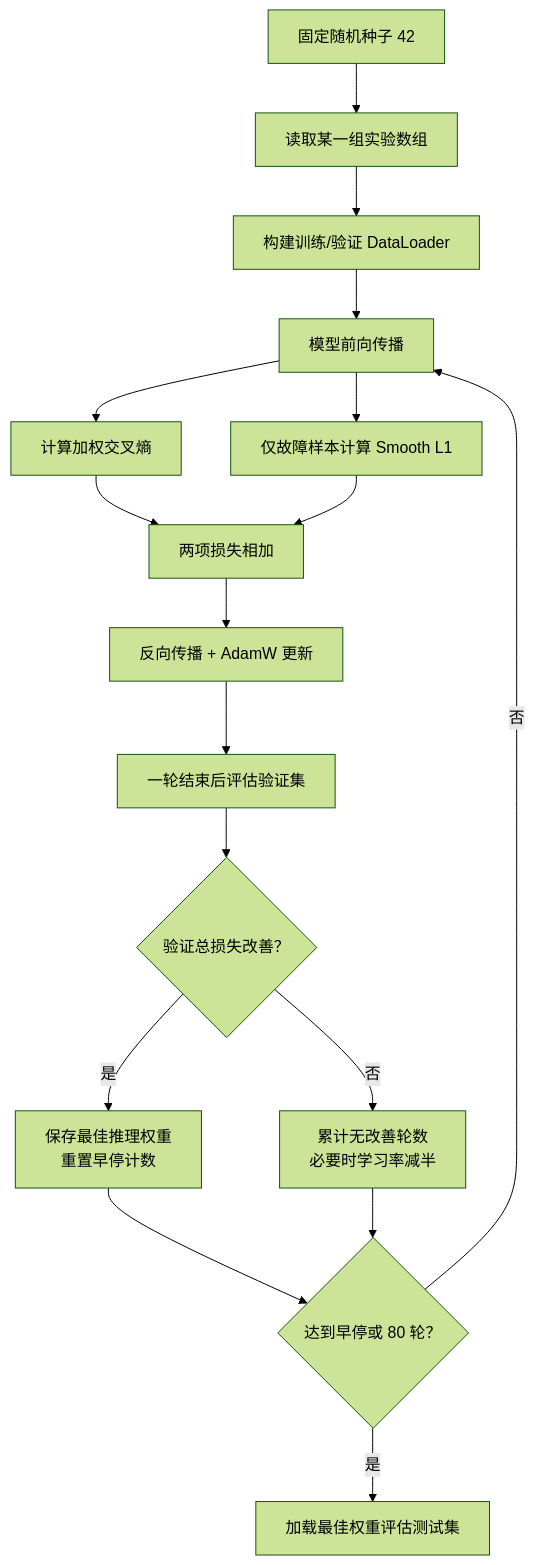
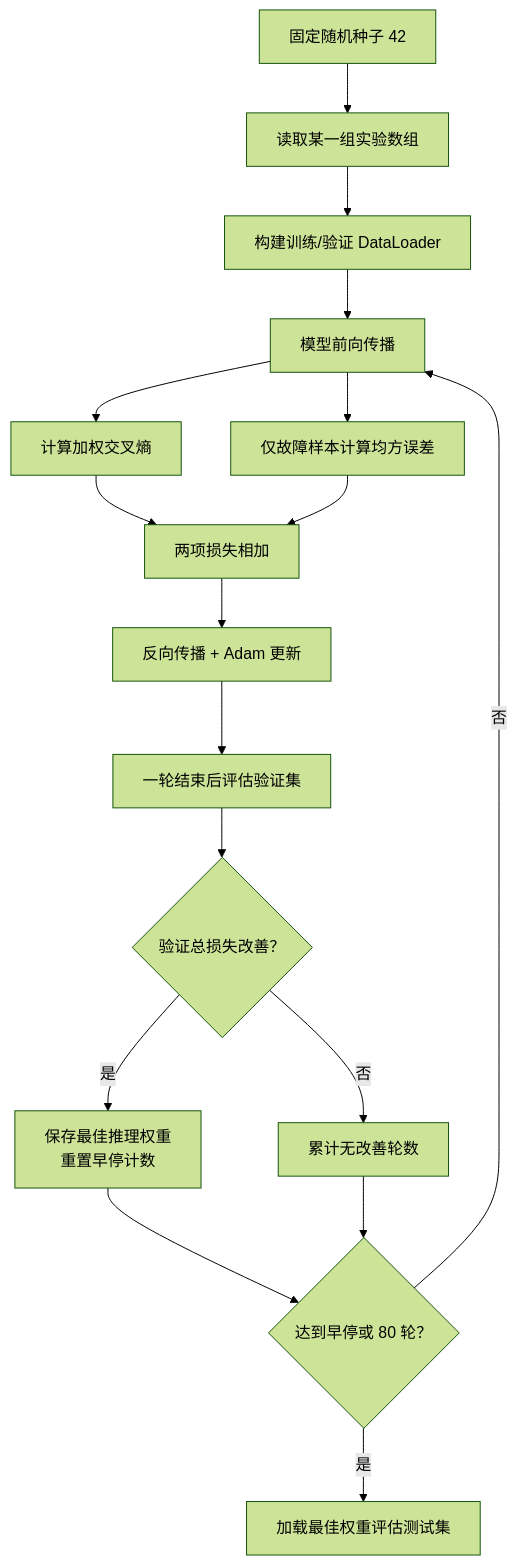
Before and after one commit to mingzijia555-commits/CWRU: the fifth of 5 diagrams in docs/CWRU_PPT提纲逐项讲解.md, drawn with Mermaid (forest theme). The commit also changed other lines of this file and 7 other files, not shown here.

````diff
--- a/docs/CWRU_PPT提纲逐项讲解.md
+++ b/docs/CWRU_PPT提纲逐项讲解.md
@@ -306,19 +304,19 @@
 ```mermaid
 flowchart TD
     A["固定随机种子 42"] --> B["读取某一组实验数组"]
     B --> C["构建训练/验证 DataLoader"]
     C --> D["模型前向传播"]
     D --> E["计算加权交叉熵"]
-    D --> F["仅故障样本计算 Smooth L1"]
+    D --> F["仅故障样本计算均方误差"]
     E --> G["两项损失相加"]
     F --> G
-    G --> H["反向传播 + AdamW 更新"]
+    G --> H["反向传播 + Adam 更新"]
     H --> I["一轮结束后评估验证集"]
     I --> J{"验证总损失改善？"}
     J -- 是 --> K["保存最佳推理权重\n重置早停计数"]
-    J -- 否 --> L["累计无改善轮数\n必要时学习率减半"]
+    J -- 否 --> L["累计无改善轮数"]
     K --> M{"达到早停或 80 轮？"}
     L --> M
     M -- 否 --> D
     M -- 是 --> N["加载最佳权重评估测试集"]
 ```
````
